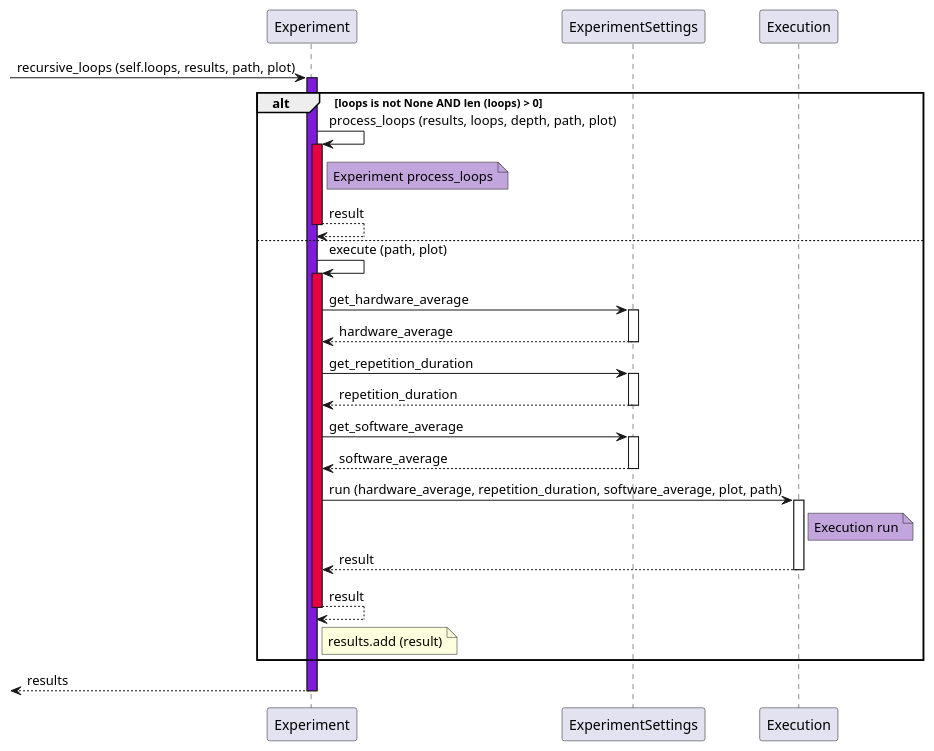
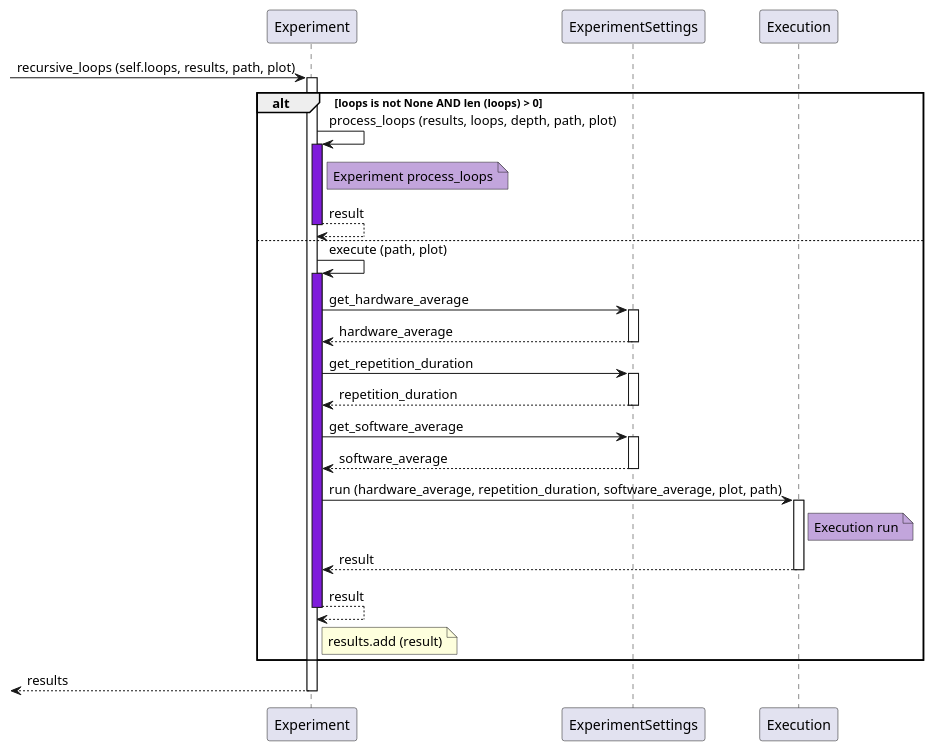
One commit to qilimanjaro-tech/qililab changed the diagram in Sequence Diagrams PUML/Experiment Recursive Loops/Experiment recursive loops.puml. Above: the diagram before and after it, drawn with PlantUML. The commit also changed 31 other files, not shown here.

```diff
--- a/Sequence Diagrams PUML/Experiment Recursive Loops/Experiment recursive loops.puml
+++ b/Sequence Diagrams PUML/Experiment Recursive Loops/Experiment recursive loops.puml
@@ -1,32 +1,32 @@
 @startuml
 
 participant Experiment as exp
 participant ExperimentSettings as expset
 participant Execution as exe
 
 [-> exp: recursive_loops (self.loops, results, path, plot)
-activate exp #7F1CDB
+activate exp 
 alt loops is not None AND len (loops) > 0
       exp -> exp: process_loops (results, loops, depth, path, plot)
-      activate exp #E6033F
+      activate exp #7F1CDB
       note right of exp #C2A5DC: Experiment process_loops
       return result
 else
       exp -> exp: execute (path, plot)
-      activate exp #E6033F
+      activate exp #7F1CDB
       exp -> expset ++: get_hardware_average
       return hardware_average
       exp -> expset ++: get_repetition_duration
       return repetition_duration
       exp -> expset ++: get_software_average
       return software_average
       exp -> exe ++: run (hardware_average, repetition_duration, software_average, plot, path)
       note right of exe #C2A5DC: Execution run
       return result
       return result
       note right of exp: results.add (result)
 end
                   
 return results
 
 @enduml
```
